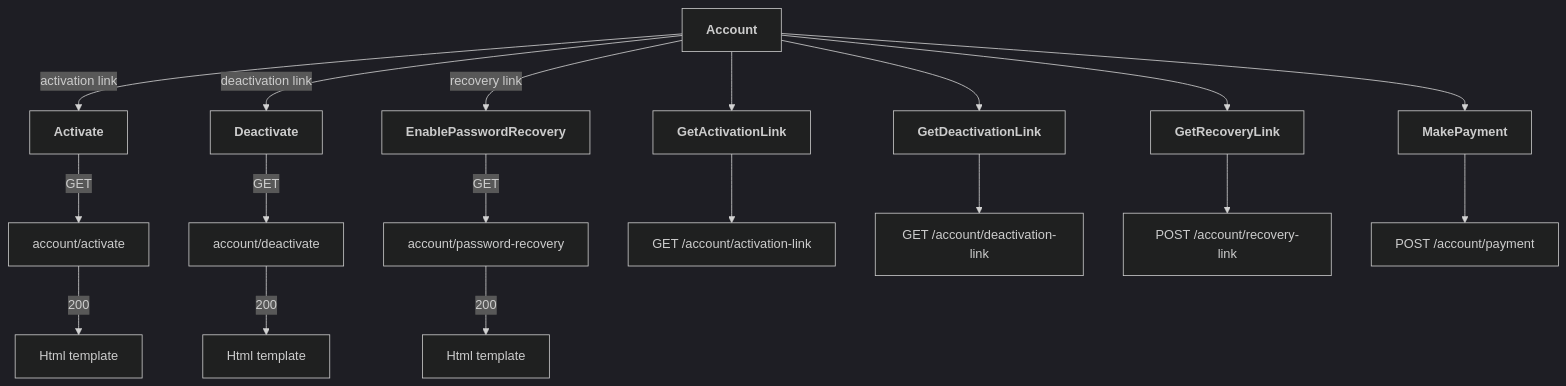
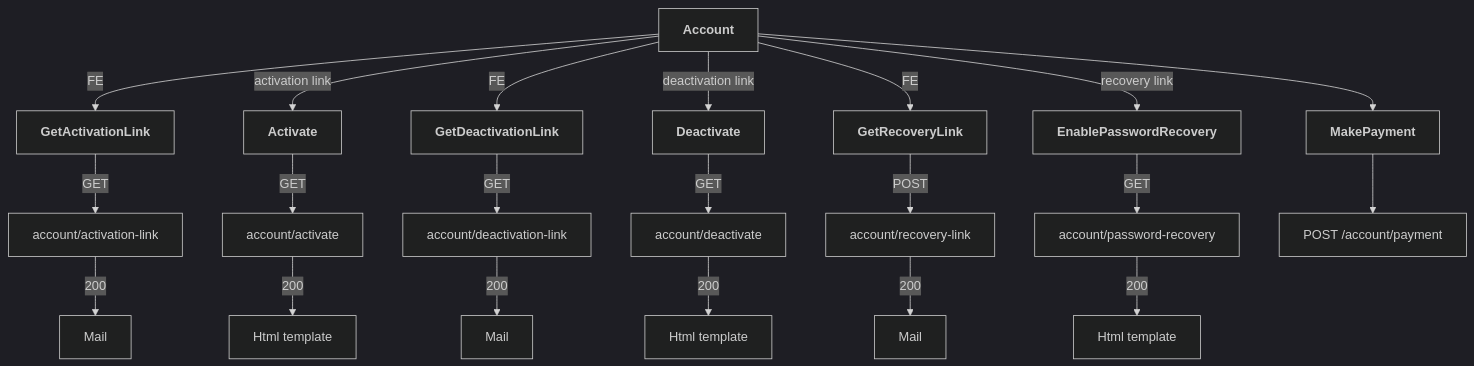
The first of 8 diagrams in README.md (Karmello/ask-the-world-api), drawn with Mermaid (dark theme) before and after one commit.

````diff
--- a/README.md
+++ b/README.md
@@ -7,10 +7,10 @@
 ```mermaid
 flowchart
-ROOT[<b>Account</b>] --> |activation link|A1[<b>Activate</b>] --> |GET|A2[account/activate] --> |200|A3[Html template]
-ROOT --> |deactivation link|B1[<b>Deactivate</b>] --> |GET|B2[account/deactivate] --> |200|B3[Html template]
-ROOT --> |recovery link|C1[<b>EnablePasswordRecovery</b>] --> |GET|C2[account/password-recovery] --> |200|C3[Html template]
-ROOT --> D1[<b>GetActivationLink</b>] --> D2[GET /account/activation-link]
-ROOT --> E1[<b>GetDeactivationLink</b>] --> E2[GET /account/deactivation-link]
-ROOT --> F1[<b>GetRecoveryLink</b>] --> F2[POST /account/recovery-link]
+ROOT[<b>Account</b>] --> |FE|A1[<b>GetActivationLink</b>] --> |GET|A2[account/activation-link]  --> |200|A3[Mail]
+ROOT --> |activation link|B1[<b>Activate</b>] --> |GET|B2[account/activate] --> |200|B3[Html template]
+ROOT --> |FE|C1[<b>GetDeactivationLink</b>] --> |GET|C2[account/deactivation-link] --> |200|C3[Mail]
+ROOT --> |deactivation link|D1[<b>Deactivate</b>] --> |GET|D2[account/deactivate] --> |200|D3[Html template]
+ROOT --> |FE|E1[<b>GetRecoveryLink</b>] --> |POST|E2[account/recovery-link] --> |200|E3[Mail]
+ROOT --> |recovery link|F1[<b>EnablePasswordRecovery</b>] --> |GET|F2[account/password-recovery] --> |200|F3[Html template]
 ROOT --> G1[<b>MakePayment</b>] --> G2[POST /account/payment]
 ```
````
